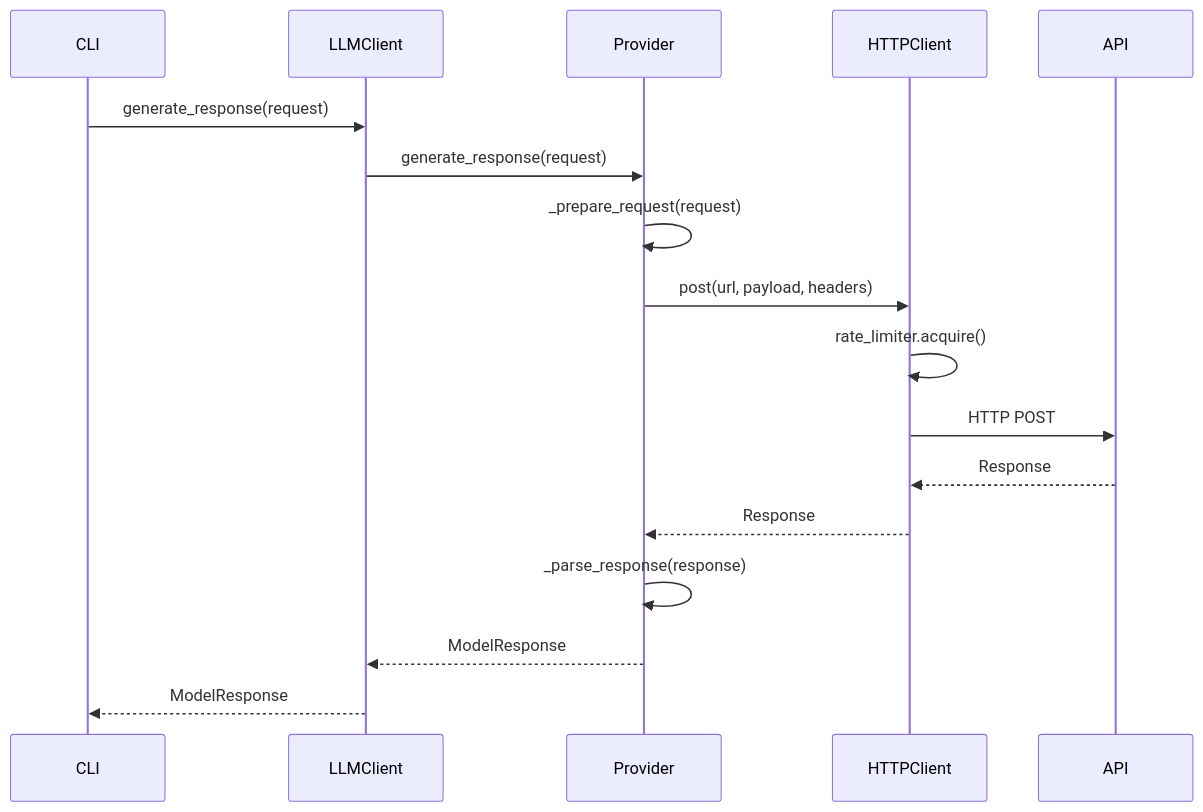
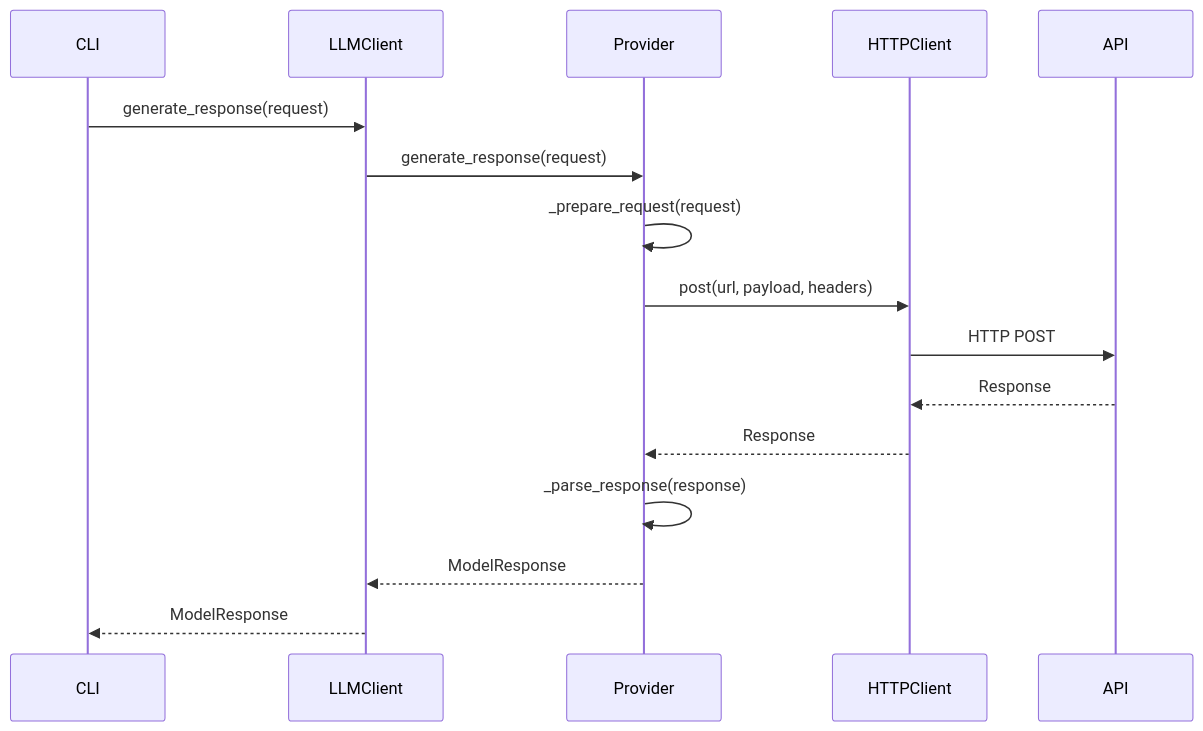
The second of 2 diagrams in .kiro/specs/llm-connector/design.md (shuhaoliu/llm-rationale-benchmark), drawn with Mermaid before and after one commit. The commit also changed other lines of this file and 2 other files, not shown here.

````diff
--- a/.kiro/specs/llm-connector/design.md
+++ b/.kiro/specs/llm-connector/design.md
@@ -367,20 +1203,20 @@
 ```mermaid
 sequenceDiagram
     participant CLI
     participant LLMClient
     participant Provider
     participant HTTPClient
     participant API
     
     CLI->>LLMClient: generate_response(request)
     LLMClient->>Provider: generate_response(request)
     Provider->>Provider: _prepare_request(request)
     Provider->>HTTPClient: post(url, payload, headers)
-    HTTPClient->>HTTPClient: rate_limiter.acquire()
+
     HTTPClient->>API: HTTP POST
     API-->>HTTPClient: Response
     HTTPClient-->>Provider: Response
     Provider->>Provider: _parse_response(response)
     Provider-->>LLMClient: ModelResponse
     LLMClient-->>CLI: ModelResponse
 ```
````
